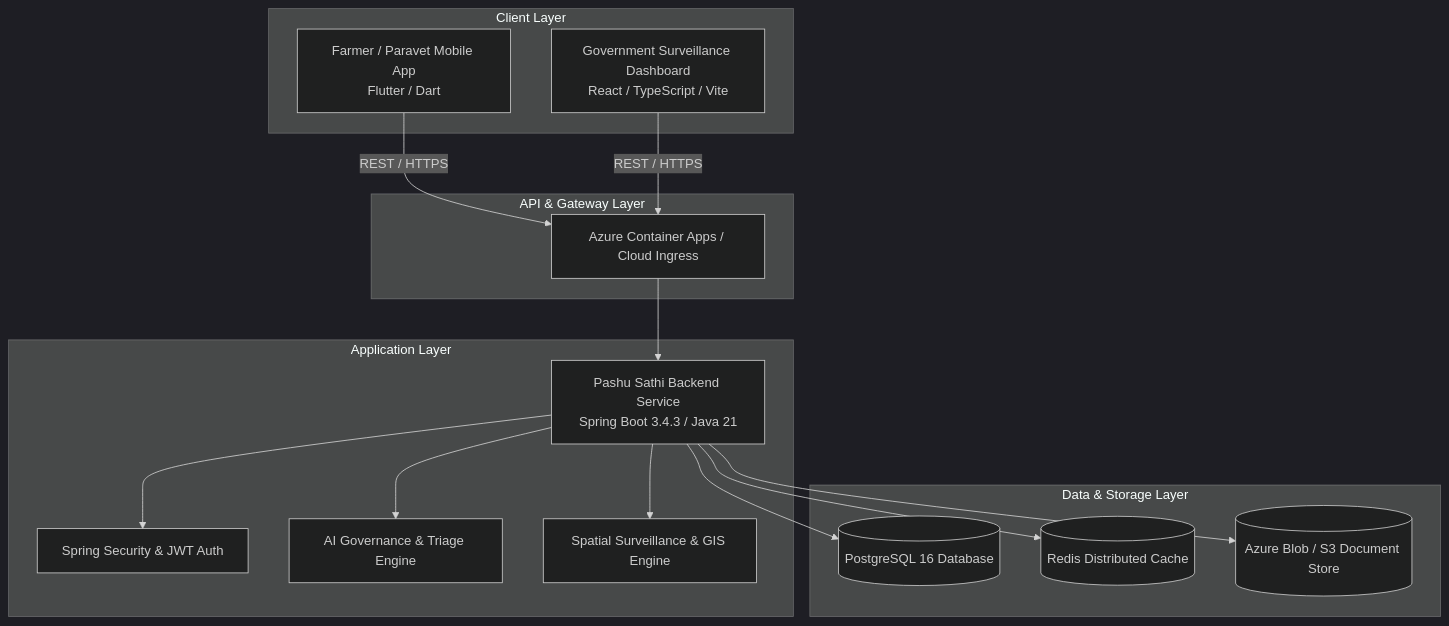
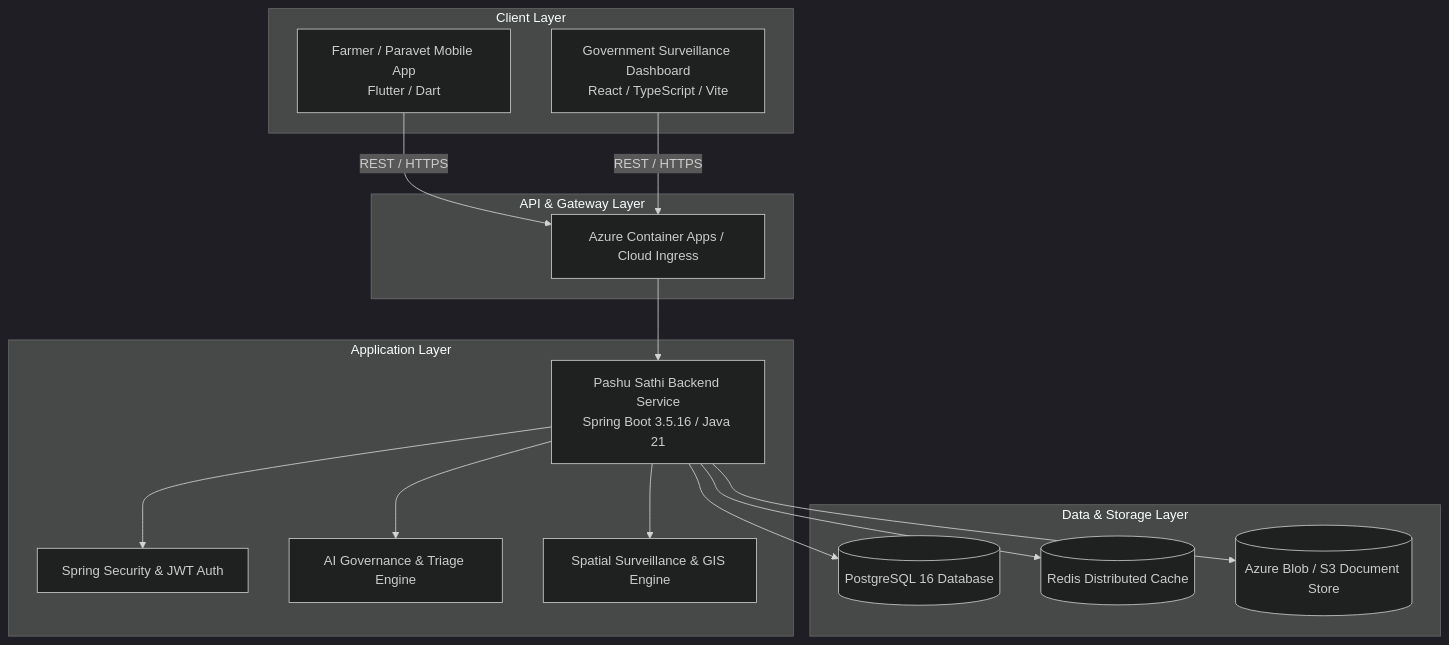
Before and after one commit to omrajput14/pashu-sathii: the diagram in README.md, drawn with Mermaid (dark theme). The commit also changed other lines of this file, not shown here.

First line of the commit message:
docs: fix stale README versions and backend test count

````diff
--- a/README.md
+++ b/README.md
@@ -28,34 +28,34 @@
 ```mermaid
 graph TD
     subgraph Client Layer
         FA[Farmer / Paravet Mobile App<br/>Flutter / Dart]
         GD[Government Surveillance Dashboard<br/>React / TypeScript / Vite]
     end
 
     subgraph API & Gateway Layer
         AG[Azure Container Apps / Cloud Ingress]
     end
 
     subgraph Application Layer
-        SB[Pashu Sathi Backend Service<br/>Spring Boot 3.4.3 / Java 21]
+        SB[Pashu Sathi Backend Service<br/>Spring Boot 3.5.16 / Java 21]
         SEC[Spring Security & JWT Auth]
         AI[AI Governance & Triage Engine]
         GEO[Spatial Surveillance & GIS Engine]
     end
 
     subgraph Data & Storage Layer
         PG[(PostgreSQL 16 Database)]
         RD[(Redis Distributed Cache)]
         BLOB[(Azure Blob / S3 Document Store)]
     end
 
     FA -->|REST / HTTPS| AG
     GD -->|REST / HTTPS| AG
     AG --> SB
     SB --> SEC
     SB --> AI
     SB --> GEO
     SB --> PG
     SB --> RD
     SB --> BLOB
 ```
````
